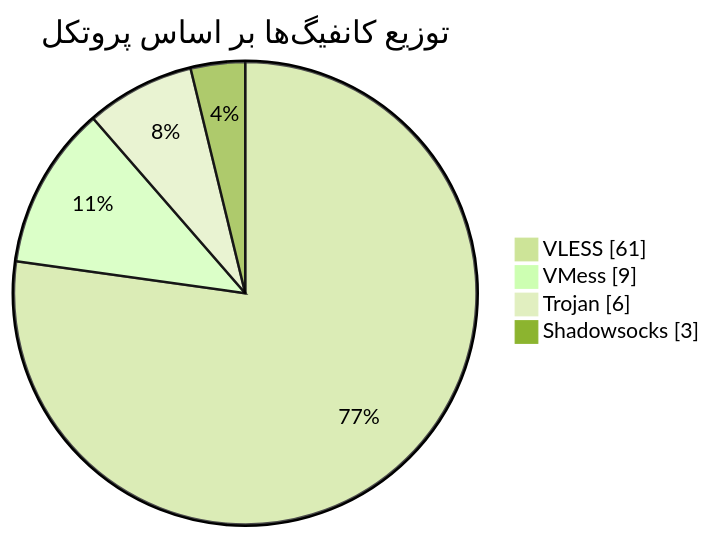
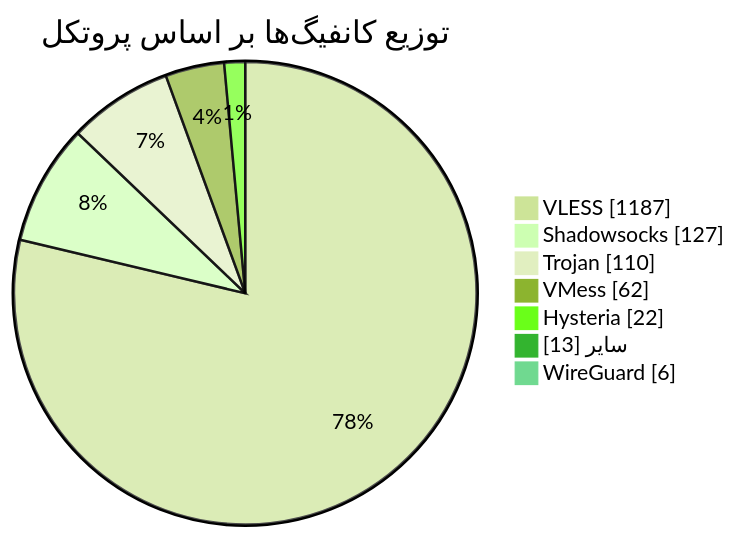
One commit to Arian-Alijani/Somthing changed the diagram in README.md. Above: the diagram before and after it, drawn with Mermaid (forest theme). The commit also changed other lines of this file and 21 other files, not shown here.

````diff
--- a/README.md
+++ b/README.md
@@ -46,8 +49,11 @@
 ```mermaid
 pie showData
     title توزیع کانفیگ‌ها بر اساس پروتکل
-    "VLESS" : 61
-    "VMess" : 9
-    "Trojan" : 6
-    "Shadowsocks" : 3
+    "VLESS" : 1187
+    "Shadowsocks" : 127
+    "Trojan" : 110
+    "VMess" : 62
+    "Hysteria" : 22
+    "سایر" : 13
+    "WireGuard" : 6
 ```
````
